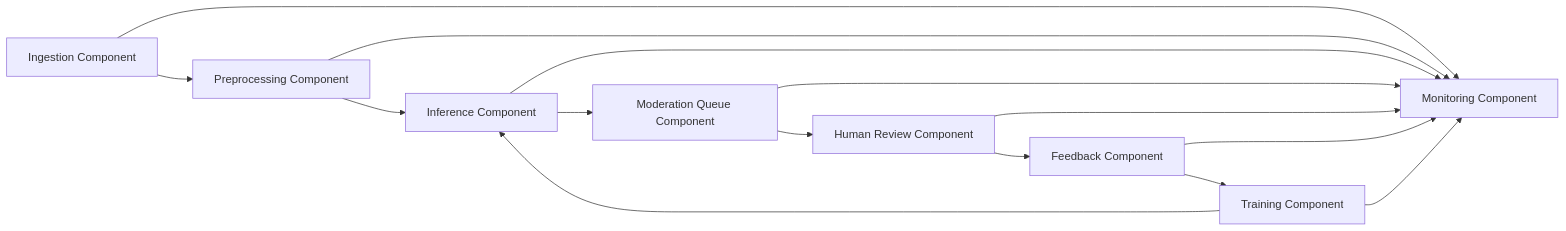
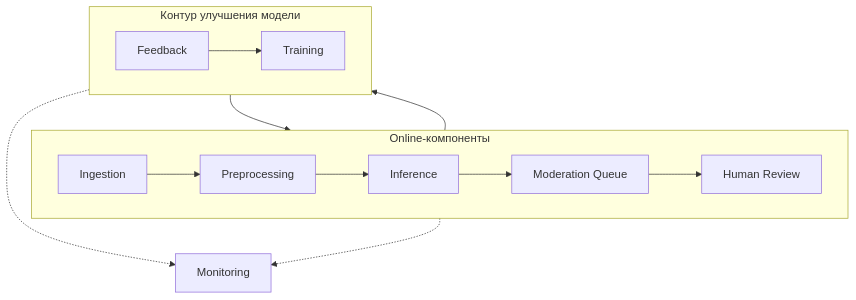
Before and after one commit to Alexander-Prel/priss: the diagram in diagrams/uml_components.md, drawn with Mermaid. The commit also changed 6 other files, not shown here.

Commit message:
Improve document flow and Mermaid diagrams

````diff
--- a/diagrams/uml_components.md
+++ b/diagrams/uml_components.md
@@ -5,18 +5,22 @@
 ```mermaid
-flowchart LR
-    ING[Ingestion Component] --> PRE[Preprocessing Component]
-    PRE --> INF[Inference Component]
-    INF --> MQ[Moderation Queue Component]
-    MQ --> HR[Human Review Component]
-    HR --> FB[Feedback Component]
-    FB --> TR[Training Component]
+flowchart TB
+    subgraph ONLINE[Online-компоненты]
+        direction LR
+        ING[Ingestion] --> PRE[Preprocessing]
+        PRE --> INF[Inference]
+        INF --> MQ[Moderation Queue]
+        MQ --> HR[Human Review]
+    end
+
+    subgraph LEARNING[Контур улучшения модели]
+        direction LR
+        FB[Feedback] --> TR[Training]
+    end
+
+    MON[Monitoring]
+
+    HR --> FB
     TR --> INF
-
-    ING --> MON[Monitoring Component]
-    PRE --> MON
-    INF --> MON
-    MQ --> MON
-    HR --> MON
-    FB --> MON
-    TR --> MON
+    ONLINE -.-> MON
+    LEARNING -.-> MON
 ```
````
